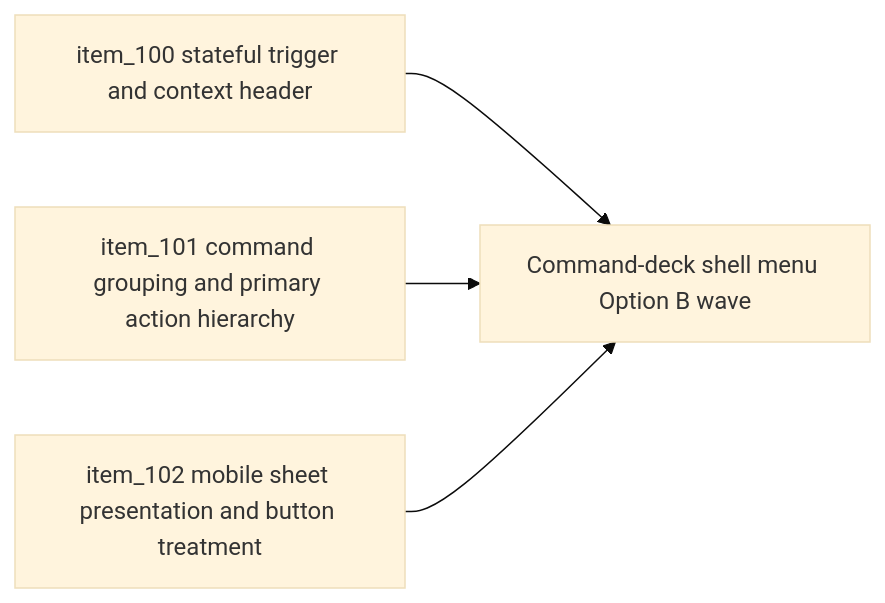
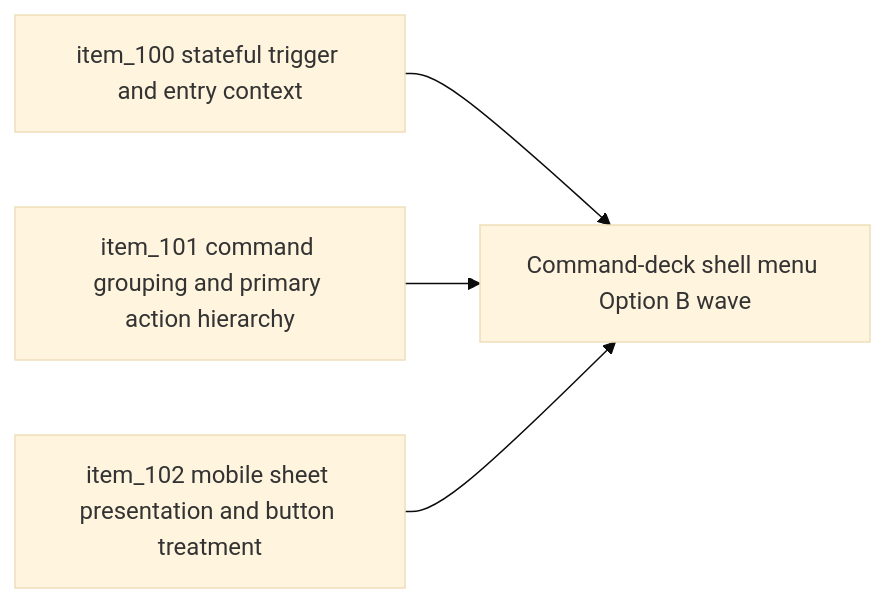
The diagram in logics/tasks/task_032_orchestrate_command_deck_shell_menu_option_b_for_runtime_controls.md (AlexAgo83/emberwake), drawn with Mermaid (base theme) before and after one commit. The commit also changed other lines of this file and 6 other files, not shown here.

````diff
--- a/logics/tasks/task_032_orchestrate_command_deck_shell_menu_option_b_for_runtime_controls.md
+++ b/logics/tasks/task_032_orchestrate_command_deck_shell_menu_option_b_for_runtime_controls.md
@@ -22,7 +22,7 @@
 ```mermaid
 %% logics-signature: task|orchestrate-command-deck-shell-menu-opti|item-100-define-stateful-shell-menu-trig|1-define-and-implement-a-stateful|npm-run-ci
 flowchart LR
-    Trigger[item_100 stateful trigger and context header] --> Wave[Command-deck shell menu Option B wave]
+    Trigger[item_100 stateful trigger and entry context] --> Wave[Command-deck shell menu Option B wave]
     Hierarchy[item_101 command grouping and primary action hierarchy] --> Wave
     Mobile[item_102 mobile sheet presentation and button treatment] --> Wave
 ```
````
